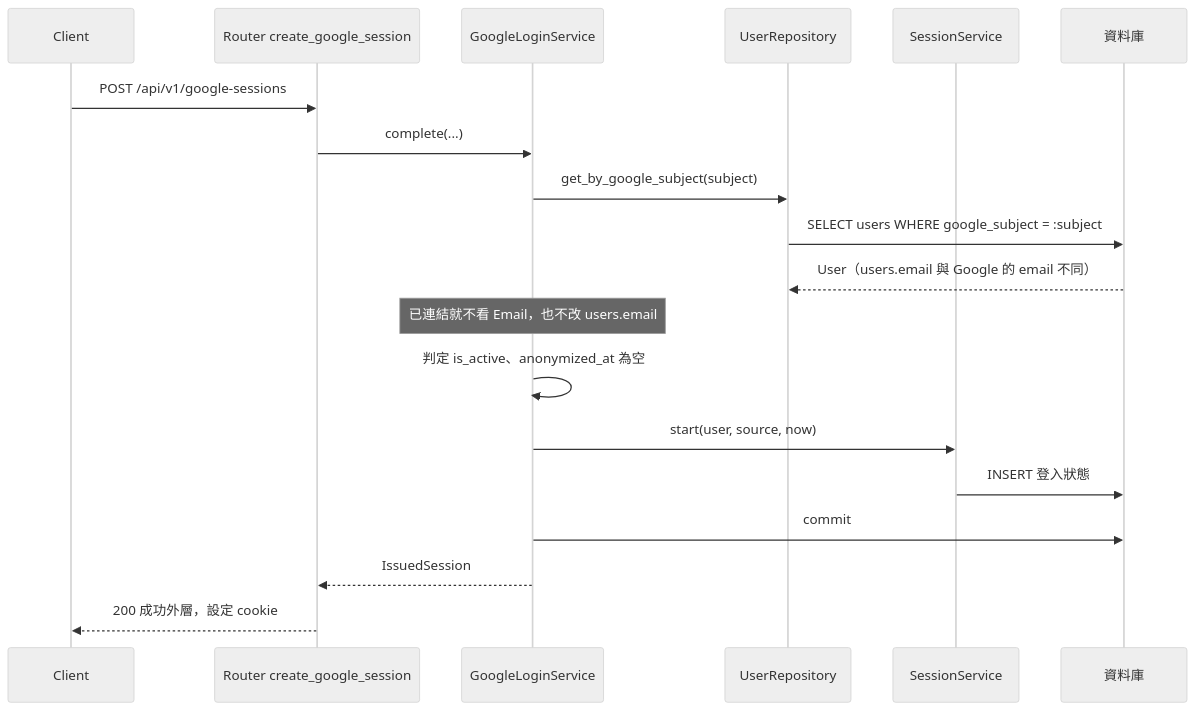
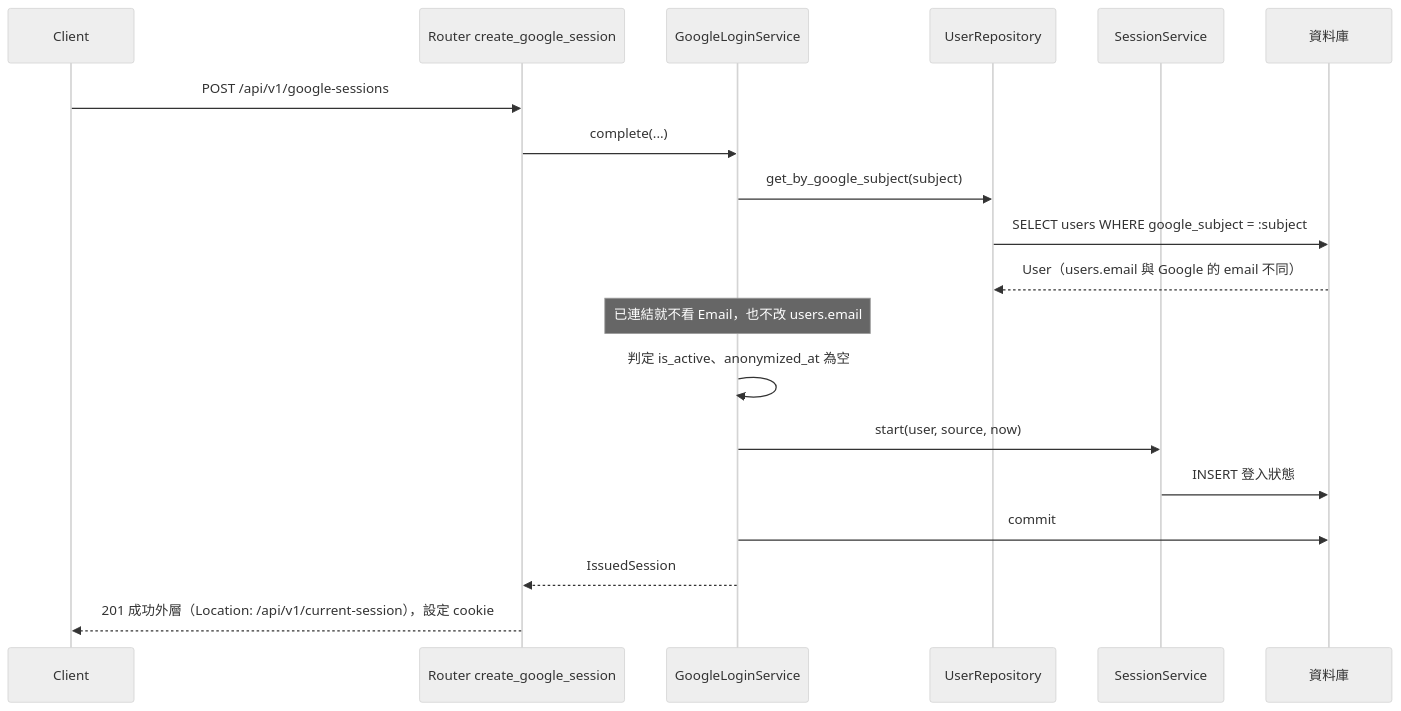
Before and after one commit to label-suite/label-suite: diagram 15 of 32 in openspec/changes/login-auth-guard/system-design.md, drawn with Mermaid (neutral theme). The commit also changed other lines of this file and 9 other files, not shown here.

````diff
--- a/openspec/changes/login-auth-guard/system-design.md
+++ b/openspec/changes/login-auth-guard/system-design.md
@@ -664,21 +695,21 @@
 ```mermaid
 sequenceDiagram
   participant C as Client
   participant R as Router create_google_session
   participant G as GoogleLoginService
   participant U as UserRepository
   participant S as SessionService
   participant DB as 資料庫
   C->>R: POST /api/v1/google-sessions
   R->>G: complete(...)
   G->>U: get_by_google_subject(subject)
   U->>DB: SELECT users WHERE google_subject = :subject
   DB-->>U: User（users.email 與 Google 的 email 不同）
   Note over G: 已連結就不看 Email，也不改 users.email
   G->>G: 判定 is_active、anonymized_at 為空
   G->>S: start(user, source, now)
   S->>DB: INSERT 登入狀態
   G->>DB: commit
   G-->>R: IssuedSession
-  R-->>C: 200 成功外層，設定 cookie
+  R-->>C: 201 成功外層（Location: /api/v1/current-session），設定 cookie
 ```
````
